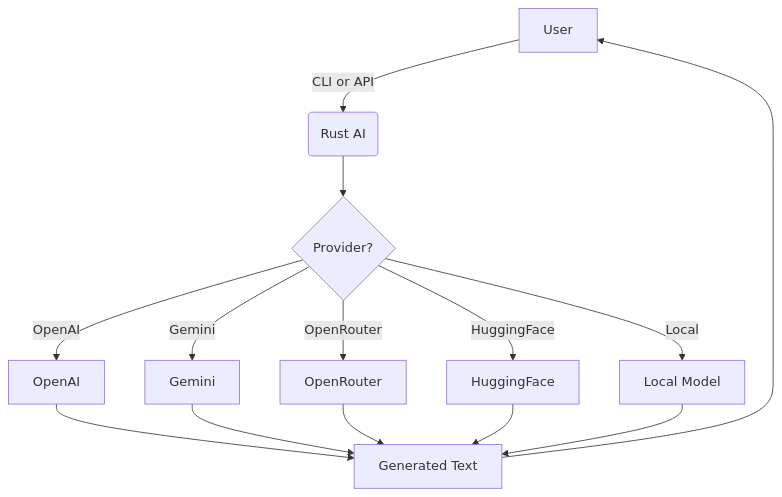
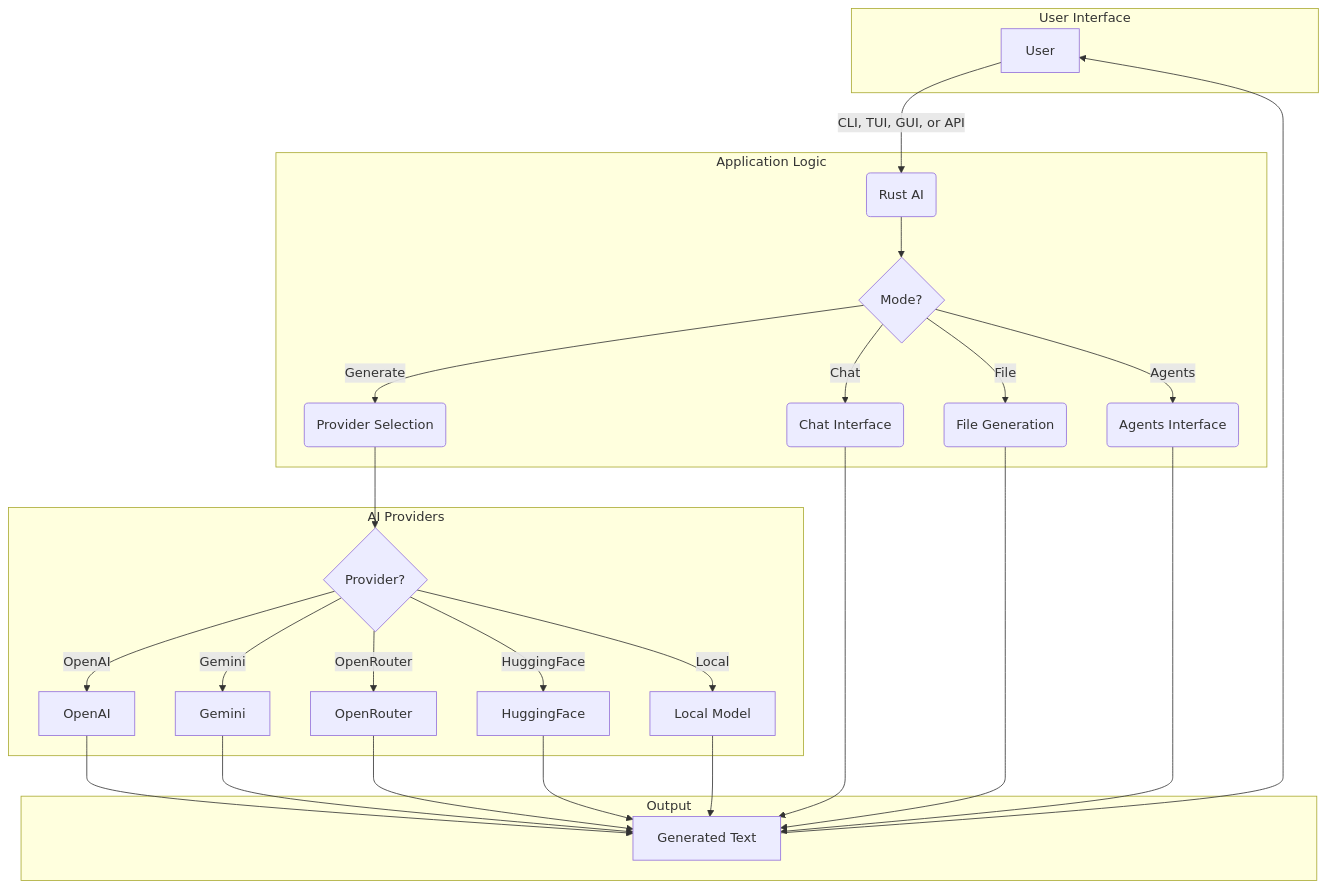
One commit to Ammar-Alnagar/RustaceanAI changed the diagram in README.md. Above: the diagram before and after it, drawn with Mermaid. The commit also changed other lines of this file and 8 other files, not shown here.

First line of the commit message:
feat: Add GUI support, agents, and collaboration mode

````diff
--- a/README.md
+++ b/README.md
@@ -46,16 +114,50 @@
 ```mermaid
 graph TD
-    A[User] -->|CLI or API| B(Rust AI)
-    B --> C{Provider?}
-    C -->|OpenAI| D[OpenAI]
-    C -->|Gemini| E[Gemini]
-    C -->|OpenRouter| F[OpenRouter]
-    C -->|HuggingFace| G[HuggingFace]
-    C -->|Local| H[Local Model]
-    D --> I[Generated Text]
-    E --> I
-    F --> I
-    G --> I
-    H --> I
-    I --> A
+    subgraph User Interface
+        A[User]
+    end
+
+    subgraph Application Logic
+        B(Rust AI)
+        C{Mode?}
+        D(Provider Selection)
+        E(Chat Interface)
+        F(File Generation)
+        G(Agents Interface)
+    end
+
+    subgraph AI Providers
+        H{Provider?}
+        I[OpenAI]
+        J[Gemini]
+        K[OpenRouter]
+        L[HuggingFace]
+        M[Local Model]
+    end
+
+    subgraph Output
+        N[Generated Text]
+    end
+
+    A -->|CLI, TUI, GUI, or API| B
+    B --> C
+    C -->|Generate| D
+    C -->|Chat| E
+    C -->|File| F
+    C -->|Agents| G
+    D --> H
+    H -->|OpenAI| I
+    H -->|Gemini| J
+    H -->|OpenRouter| K
+    H -->|HuggingFace| L
+    H -->|Local| M
+    I --> N
+    J --> N
+    K --> N
+    L --> N
+    M --> N
+    E --> N
+    F --> N
+    G --> N
+    N --> A
 ```
````
